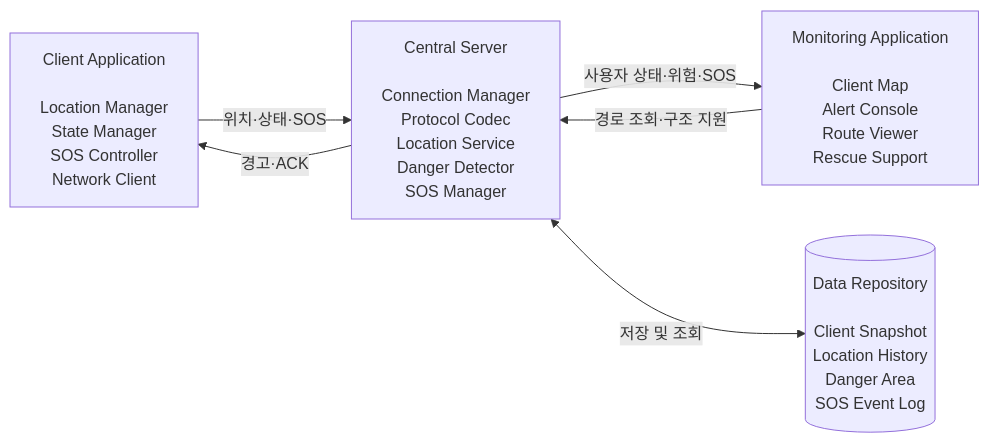
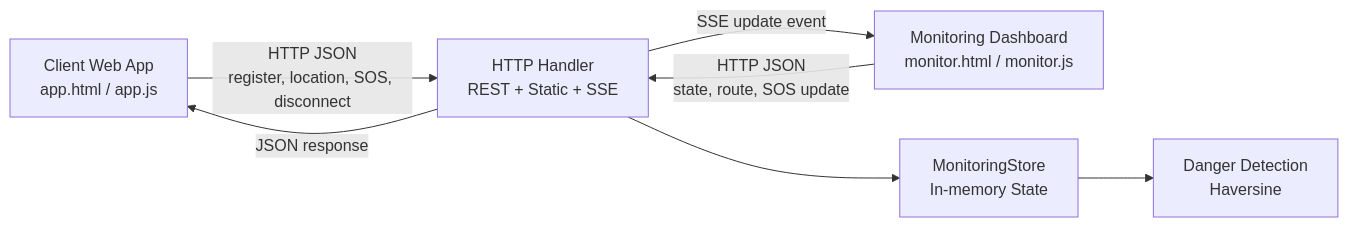
Before and after one commit to xweoze/real-time-monitoring-system: the first of 11 diagrams in Design_22212023_김지훈.md, drawn with Mermaid. The commit also changed other lines of this file and 3 other files, not shown here.

````diff
--- a/Design_22212023_김지훈.md
+++ b/Design_22212023_김지훈.md
@@ -118,13 +82,15 @@
 ```mermaid
 flowchart LR
-    CLIENT["Client Application<br/><br/>Location Manager<br/>State Manager<br/>SOS Controller<br/>Network Client"]
-    SERVER["Central Server<br/><br/>Connection Manager<br/>Protocol Codec<br/>Location Service<br/>Danger Detector<br/>SOS Manager"]
-    MONITOR["Monitoring Application<br/><br/>Client Map<br/>Alert Console<br/>Route Viewer<br/>Rescue Support"]
-    DATA[("Data Repository<br/><br/>Client Snapshot<br/>Location History<br/>Danger Area<br/>SOS Event Log")]
+    Client["Client Web App<br/>app.html / app.js"]
+    Monitor["Monitoring Dashboard<br/>monitor.html / monitor.js"]
+    Handler["HTTP Handler<br/>REST + Static + SSE"]
+    Store["MonitoringStore<br/>In-memory State"]
+    Detector["Danger Detection<br/>Haversine"]
 
-    CLIENT -->|"위치·상태·SOS"| SERVER
-    SERVER -->|"경고·ACK"| CLIENT
-    SERVER -->|"사용자 상태·위험·SOS"| MONITOR
-    MONITOR -->|"경로 조회·구조 지원"| SERVER
-    SERVER <-->|"저장 및 조회"| DATA
+    Client -->|"HTTP JSON<br/>register, location, SOS, disconnect"| Handler
+    Monitor -->|"HTTP JSON<br/>state, route, SOS update"| Handler
+    Handler --> Store
+    Store --> Detector
+    Handler -->|"JSON response"| Client
+    Handler -->|"SSE update event"| Monitor
 ```
````
